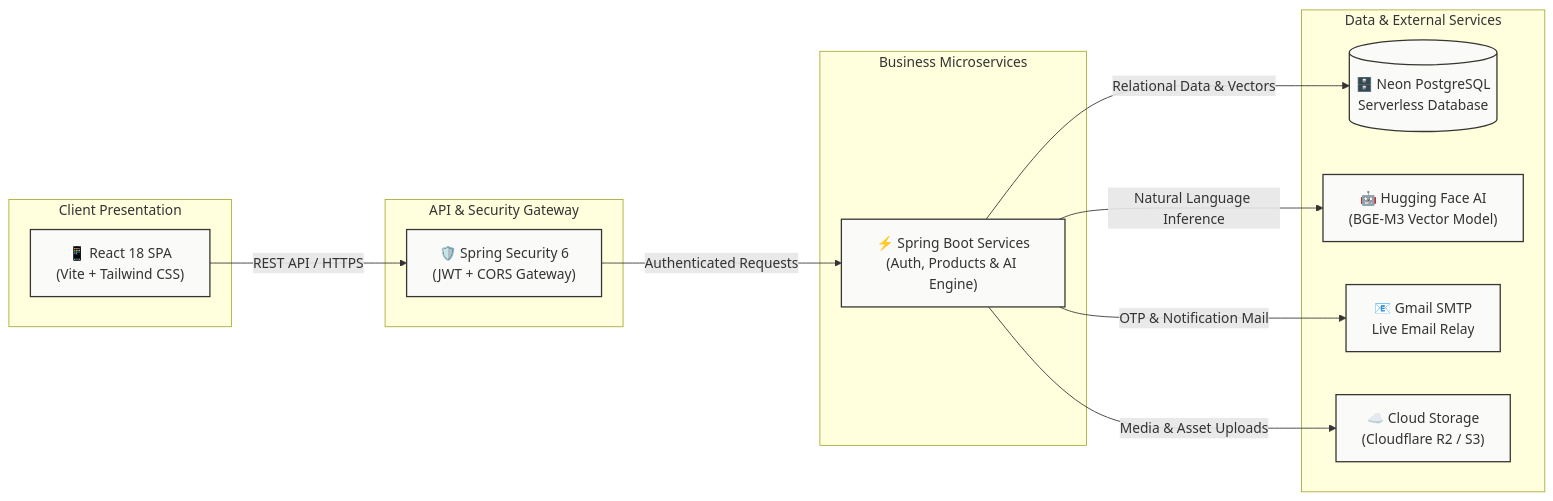
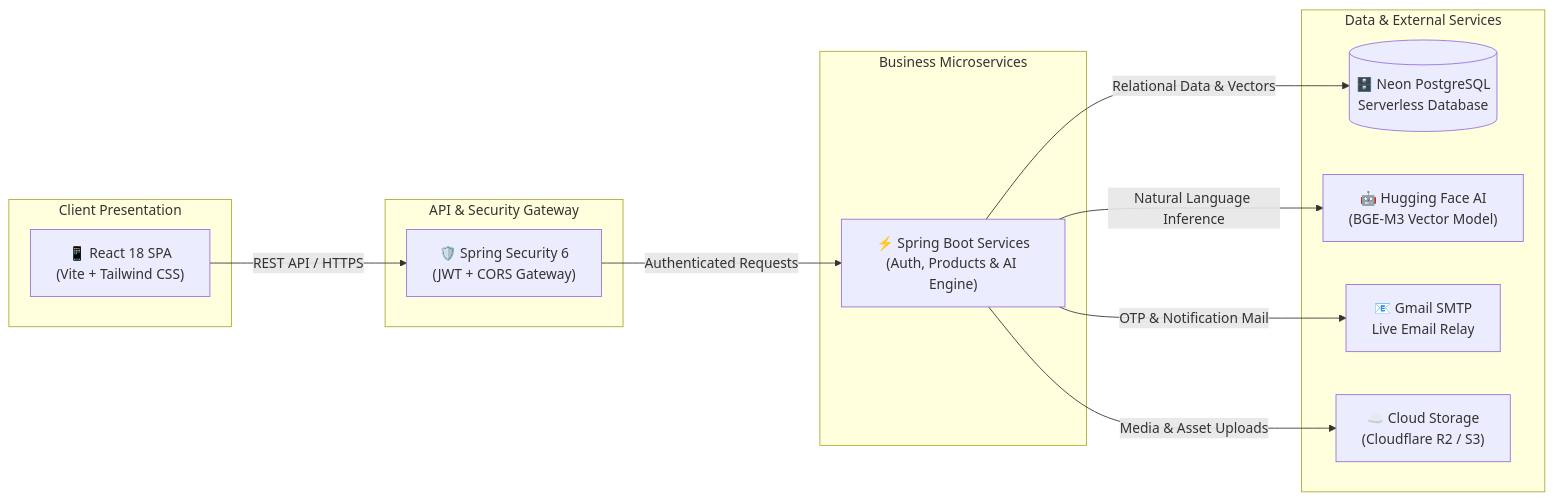
Before and after one commit to yazeed-aljihane/LUXZERA: the first of 2 diagrams in README.md, drawn with Mermaid.

Commit message:
docs: use authentic native GitHub theme colors for Mermaid architecture diagram

````diff
--- a/README.md
+++ b/README.md
@@ -11,37 +11,29 @@
 ```mermaid
 flowchart LR
     subgraph Client ["Client Presentation"]
         A["📱 React 18 SPA<br/>(Vite + Tailwind CSS)"]
     end
 
     subgraph Gateway ["API & Security Gateway"]
         B["🛡️ Spring Security 6<br/>(JWT + CORS Gateway)"]
     end
 
     subgraph Core ["Business Microservices"]
         C["⚡ Spring Boot Services<br/>(Auth, Products & AI Engine)"]
     end
 
     subgraph Data ["Data & External Services"]
         D[("🗄️ Neon PostgreSQL<br/>Serverless Database")]
         E["🤖 Hugging Face AI<br/>(BGE-M3 Vector Model)"]
         F["📧 Gmail SMTP<br/>Live Email Relay"]
         G["☁️ Cloud Storage<br/>(Cloudflare R2 / S3)"]
     end
 
     A -->|REST API / HTTPS| B
     B -->|Authenticated Requests| C
     
     C -->|Relational Data & Vectors| D
     C -->|Natural Language Inference| E
     C -->|OTP & Notification Mail| F
     C -->|Media & Asset Uploads| G
-
-    style A fill:#FAFAF9,stroke:#37352F,stroke-width:1.5px
-    style B fill:#FAFAF9,stroke:#37352F,stroke-width:1.5px
-    style C fill:#FAFAF9,stroke:#37352F,stroke-width:1.5px
-    style D fill:#FAFAF9,stroke:#37352F,stroke-width:1.5px
-    style E fill:#FAFAF9,stroke:#37352F,stroke-width:1.5px
-    style F fill:#FAFAF9,stroke:#37352F,stroke-width:1.5px
-    style G fill:#FAFAF9,stroke:#37352F,stroke-width:1.5px
 ```
````
